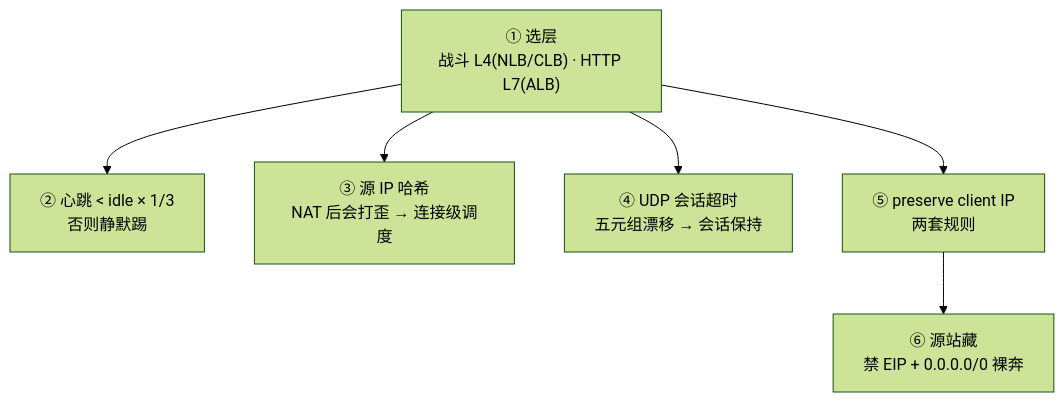
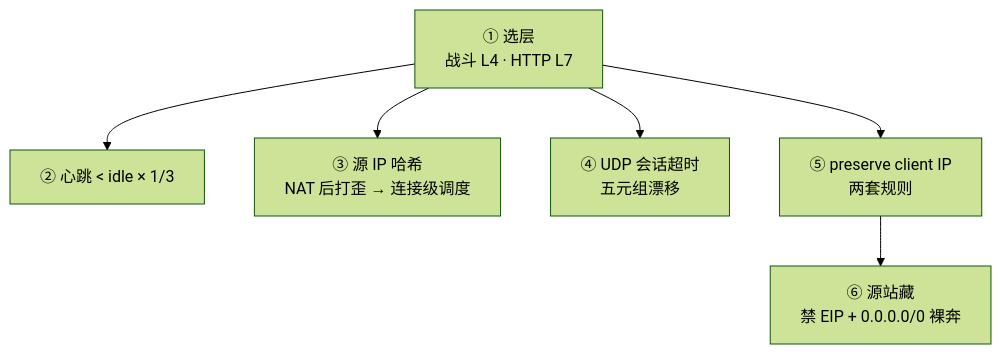
One commit to ml-cuizijun/LearnToLilith changed the ninth of 11 diagrams in 06-云平台/01-云网络与安全/知识点.md. Above: the diagram before and after it, drawn with Mermaid (forest theme). The commit also changed other lines of this file and 178 other files, not shown here.

````diff
--- a/06-云平台/01-云网络与安全/知识点.md
+++ b/06-云平台/01-云网络与安全/知识点.md
@@ -350,9 +352,9 @@
 ```mermaid
 flowchart TB
-    PICK["① 选层<br/>战斗 L4(NLB/CLB) · HTTP L7(ALB)"]
-    PICK --> HEART["② 心跳 < idle × 1/3<br/>否则静默踢"]
-    PICK --> HASH["③ 源 IP 哈希<br/>NAT 后会打歪 → 连接级调度"]
-    PICK --> UDP["④ UDP 会话超时<br/>五元组漂移 → 会话保持"]
+    PICK["① 选层<br/>战斗 L4 · HTTP L7"]
+    PICK --> HEART["② 心跳 < idle × 1/3"]
+    PICK --> HASH["③ 源 IP 哈希<br/>NAT 后打歪 → 连接级调度"]
+    PICK --> UDP["④ UDP 会话超时<br/>五元组漂移"]
     PICK --> PRES["⑤ preserve client IP<br/>两套规则"]
     PRES --> HIDE["⑥ 源站藏<br/>禁 EIP + 0.0.0.0/0 裸奔"]
 ```
````
